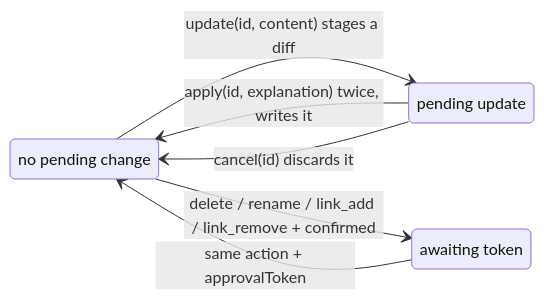
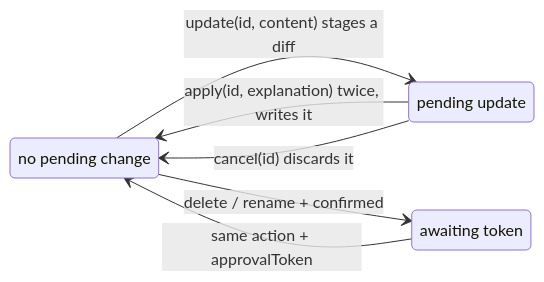
The second of 2 diagrams in packages/interactive-instruction-mcp/README.md (dbgso/mcp-servers), drawn with Mermaid before and after one commit. The commit also changed other lines of this file and 9 other files, not shown here.

````diff
--- a/packages/interactive-instruction-mcp/README.md
+++ b/packages/interactive-instruction-mcp/README.md
@@ -309,14 +321,14 @@
 ```mermaid
 stateDiagram-v2
     direction LR
     state "no pending change" as clean
     state "pending update" as pending
     state "awaiting token" as awaiting
 
     clean --> pending: update(id, content) stages a diff
     pending --> clean: apply(id, explanation) twice, writes it
     pending --> clean: cancel(id) discards it
 
-    clean --> awaiting: delete / rename / link_add / link_remove + confirmed
+    clean --> awaiting: delete / rename + confirmed
     awaiting --> clean: same action + approvalToken
 ```
````
